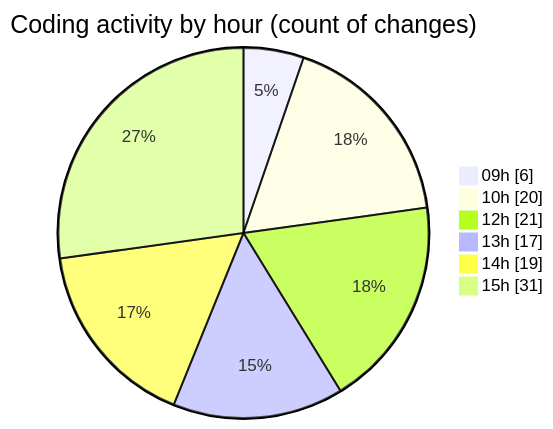
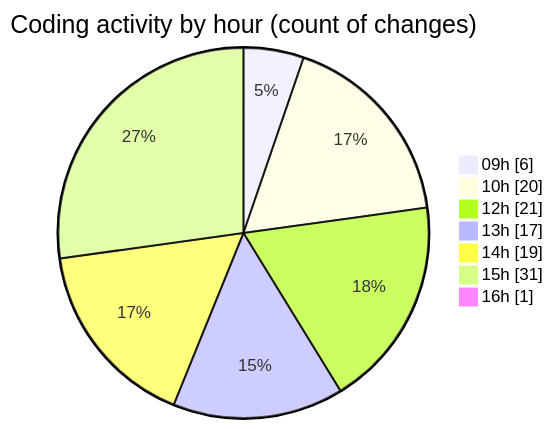
Before and after one commit to becaeroporto-bot/code-tracking: the second of 2 diagrams in 2026-02-18/bot_v1_2/README.md, drawn with Mermaid. The commit also changed other lines of this file and 1 other file, not shown here.

````diff
--- a/2026-02-18/bot_v1_2/README.md
+++ b/2026-02-18/bot_v1_2/README.md
@@ -56,10 +56,11 @@
 ```mermaid
 pie showData
 title Coding activity by hour (count of changes)
 "09h" : 6
 "10h" : 20
 "12h" : 21
 "13h" : 17
 "14h" : 19
 "15h" : 31
+"16h" : 1
 ```
````
